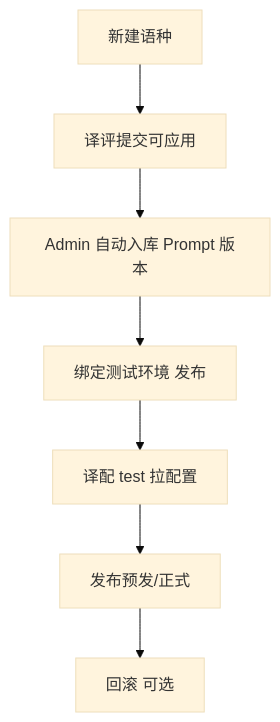
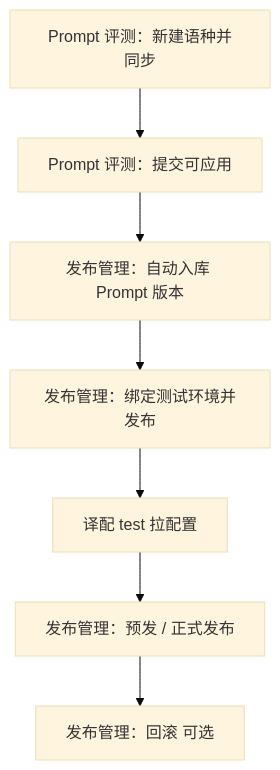
The diagram in 需求文档/PRD-Admin管理平台-一期.md (8120xf/miracle-yiping), drawn with Mermaid (base theme) before and after one commit. The commit also changed other lines of this file and 9 other files, not shown here.

First line of the commit message:
docs: Prompt 评测 rename, config sync-only langs, ops flow

````diff
--- a/需求文档/PRD-Admin管理平台-一期.md
+++ b/需求文档/PRD-Admin管理平台-一期.md
@@ -148,9 +151,9 @@
 ```mermaid
 flowchart TD
-  A[新建语种] --> B[译评提交可应用]
-  B --> C[Admin 自动入库 Prompt 版本]
-  C --> D[绑定测试环境 发布]
+  A[Prompt 评测：新建语种并同步] --> B[Prompt 评测：提交可应用]
+  B --> C[发布管理：自动入库 Prompt 版本]
+  C --> D[发布管理：绑定测试环境并发布]
   D --> E[译配 test 拉配置]
-  E --> F[发布预发/正式]
-  F --> G[回滚 可选]
+  E --> F[发布管理：预发 / 正式发布]
+  F --> G[发布管理：回滚 可选]
 ```
````
